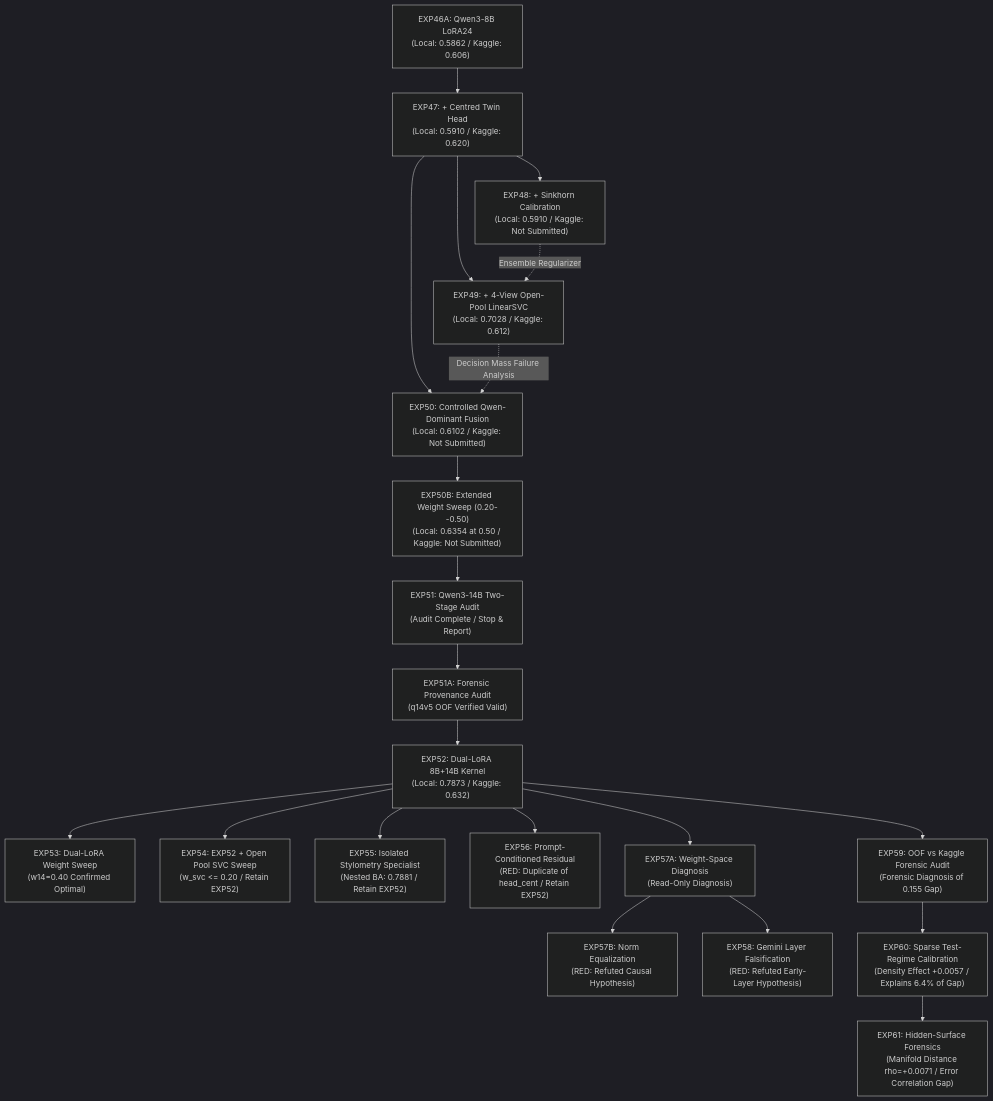
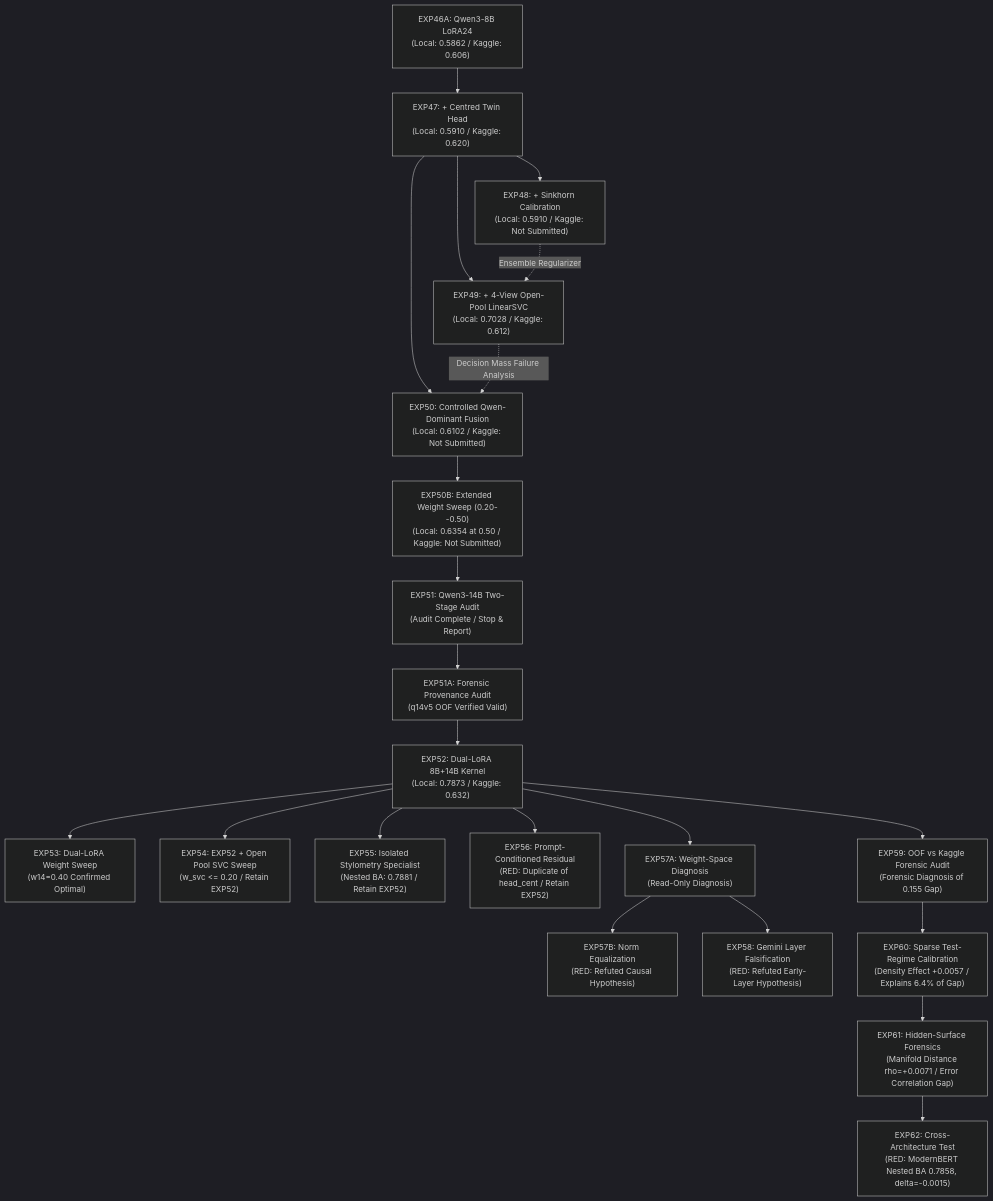
The diagram in EXPERIMENT_INDEX.md (jbjoyk/name-the-llm), drawn with Mermaid (dark theme) before and after one commit. The commit also changed other lines of this file and 24 other files, not shown here.

Commit message:
exp62: test cross-architecture complementarity

````diff
--- a/EXPERIMENT_INDEX.md
+++ b/EXPERIMENT_INDEX.md
@@ -9,23 +9,24 @@
 ```mermaid
 flowchart TD
     EXP46A["EXP46A: Qwen3-8B LoRA24<br/>(Local: 0.5862 / Kaggle: 0.606)"] --> EXP47["EXP47: + Centred Twin Head<br/>(Local: 0.5910 / Kaggle: 0.620)"]
     EXP47 --> EXP48["EXP48: + Sinkhorn Calibration<br/>(Local: 0.5910 / Kaggle: Not Submitted)"]
     EXP47 --> EXP49["EXP49: + 4-View Open-Pool LinearSVC<br/>(Local: 0.7028 / Kaggle: 0.612)"]
     EXP48 -.->|"Ensemble Regularizer"| EXP49
     EXP47 --> EXP50["EXP50: Controlled Qwen-Dominant Fusion<br/>(Local: 0.6102 / Kaggle: Not Submitted)"]
     EXP49 -.->|"Decision Mass Failure Analysis"| EXP50
     EXP50 --> EXP50B["EXP50B: Extended Weight Sweep (0.20--0.50)<br/>(Local: 0.6354 at 0.50 / Kaggle: Not Submitted)"]
     EXP50B --> EXP51["EXP51: Qwen3-14B Two-Stage Audit<br/>(Audit Complete / Stop & Report)"]
     EXP51 --> EXP51A["EXP51A: Forensic Provenance Audit<br/>(q14v5 OOF Verified Valid)"]
     EXP51A --> EXP52["EXP52: Dual-LoRA 8B+14B Kernel<br/>(Local: 0.7873 / Kaggle: 0.632)"]
     EXP52 --> EXP53["EXP53: Dual-LoRA Weight Sweep<br/>(w14=0.40 Confirmed Optimal)"]
     EXP52 --> EXP54["EXP54: EXP52 + Open Pool SVC Sweep<br/>(w_svc <= 0.20 / Retain EXP52)"]
     EXP52 --> EXP55["EXP55: Isolated Stylometry Specialist<br/>(Nested BA: 0.7881 / Retain EXP52)"]
     EXP52 --> EXP56["EXP56: Prompt-Conditioned Residual<br/>(RED: Duplicate of head_cent / Retain EXP52)"]
     EXP52 --> EXP57A["EXP57A: Weight-Space Diagnosis<br/>(Read-Only Diagnosis)"]
     EXP57A --> EXP57B["EXP57B: Norm Equalization<br/>(RED: Refuted Causal Hypothesis)"]
     EXP57A --> EXP58["EXP58: Gemini Layer Falsification<br/>(RED: Refuted Early-Layer Hypothesis)"]
     EXP52 --> EXP59["EXP59: OOF vs Kaggle Forensic Audit<br/>(Forensic Diagnosis of 0.155 Gap)"]
     EXP59 --> EXP60["EXP60: Sparse Test-Regime Calibration<br/>(Density Effect +0.0057 / Explains 6.4% of Gap)"]
     EXP60 --> EXP61["EXP61: Hidden-Surface Forensics<br/>(Manifold Distance rho=+0.0071 / Error Correlation Gap)"]
+    EXP61 --> EXP62["EXP62: Cross-Architecture Test<br/>(RED: ModernBERT Nested BA 0.7858, delta=-0.0015)"]
 ```
````
